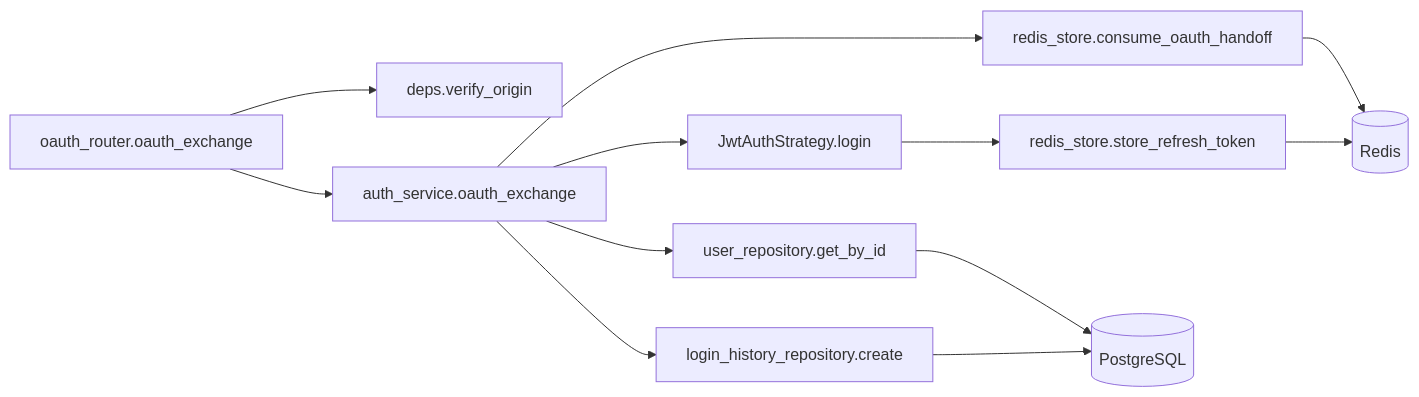
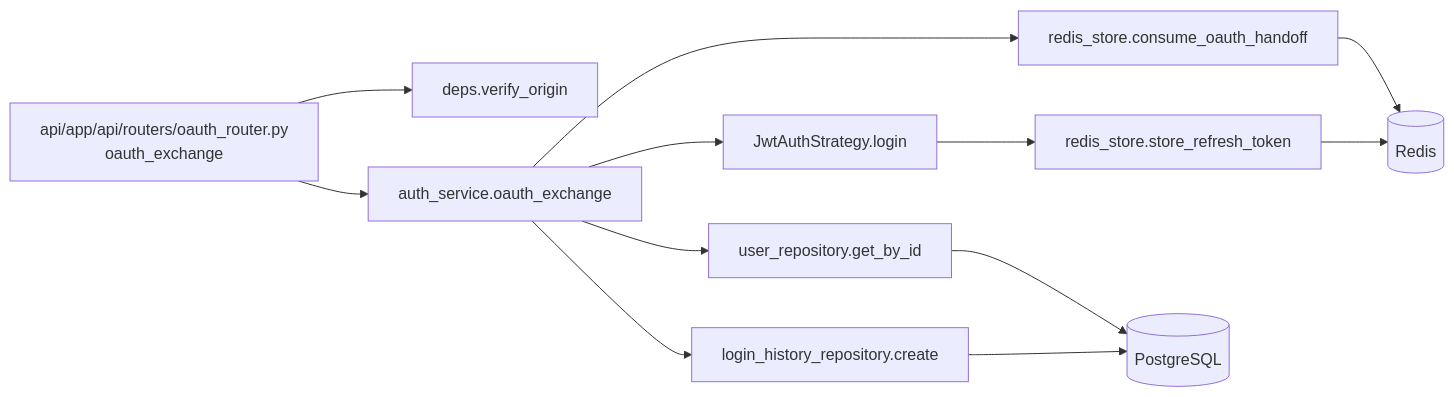
The third of 4 diagrams in docs/detailed_design/api/auth/13_post_auth_oauth_exchange.md (oikawa-d/task_management), drawn with Mermaid before and after one commit. The commit also changed other lines of this file and 2 other files, not shown here.

Commit message:
docs: OAuth routerの配置方針を統一 (#395)

````diff
--- a/docs/detailed_design/api/auth/13_post_auth_oauth_exchange.md
+++ b/docs/detailed_design/api/auth/13_post_auth_oauth_exchange.md
@@ -249,14 +253,14 @@
 ```mermaid
 flowchart LR
-    R["oauth_router.oauth_exchange"] --> D["deps.verify_origin"]
+    R["api/app/api/routers/oauth_router.py<br/>oauth_exchange"] --> D["deps.verify_origin"]
     R --> S["auth_service.oauth_exchange"]
     S --> RS1["redis_store.consume_oauth_handoff"]
     S --> URP["user_repository.get_by_id"]
     S --> JWTS["JwtAuthStrategy.login"]
     S --> LRP["login_history_repository.create"]
     JWTS --> RS2["redis_store.store_refresh_token"]
     RS1 --> RD[("Redis")]
     RS2 --> RD
     URP --> PG[("PostgreSQL")]
     LRP --> PG
 ```
````
